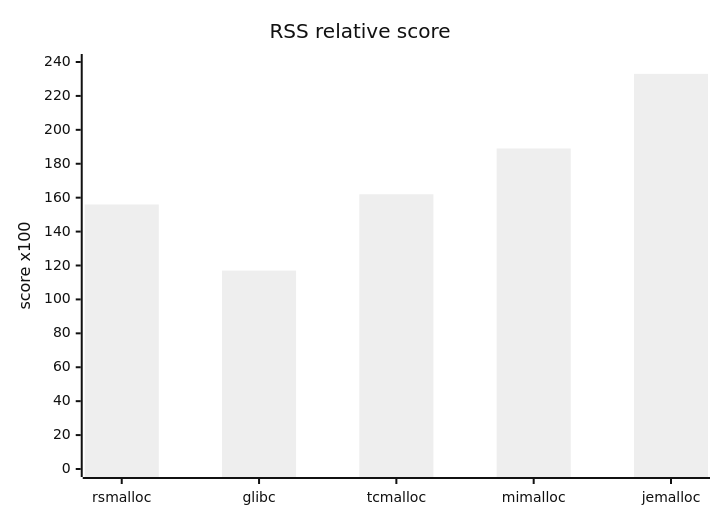
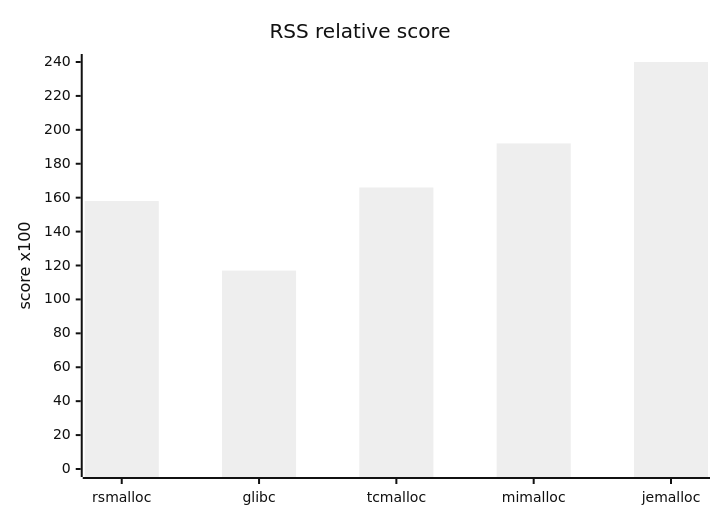
The fourth of 8 diagrams in benchmarks/benchmarks.md (Metehan120/rsmalloc), drawn with Mermaid (neutral theme) before and after one commit. The commit also changed other lines of this file and 3 other files, not shown here.

````diff
--- a/benchmarks/benchmarks.md
+++ b/benchmarks/benchmarks.md
@@ -106,7 +105,7 @@
 ```mermaid
 xychart-beta
     title "RSS relative score"
     x-axis [rsmalloc, glibc, tcmalloc, mimalloc, jemalloc]
     y-axis "score x100" 0 --> 240
-    bar [156, 117, 162, 189, 233]
+    bar [158, 117, 166, 192, 240]
 ```
````
